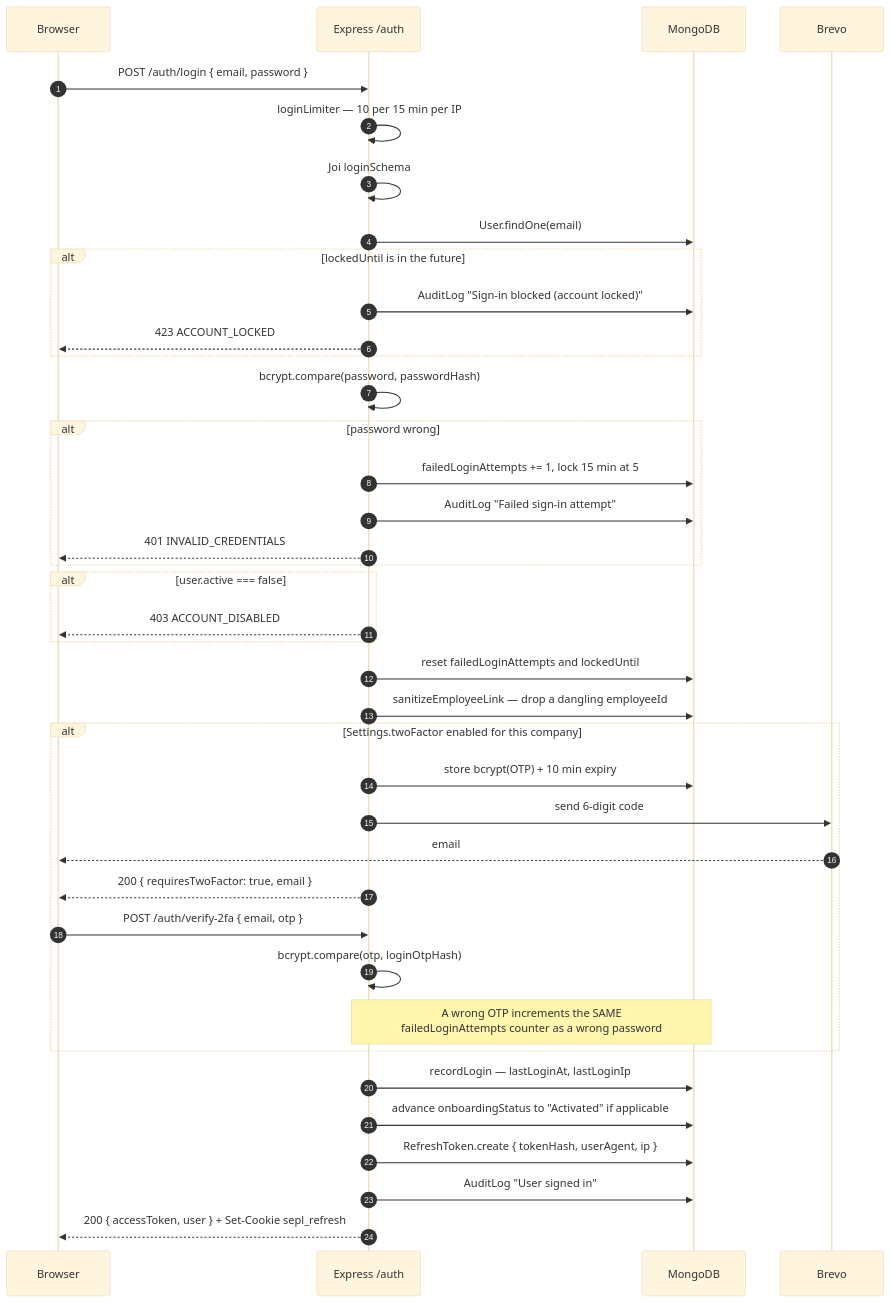
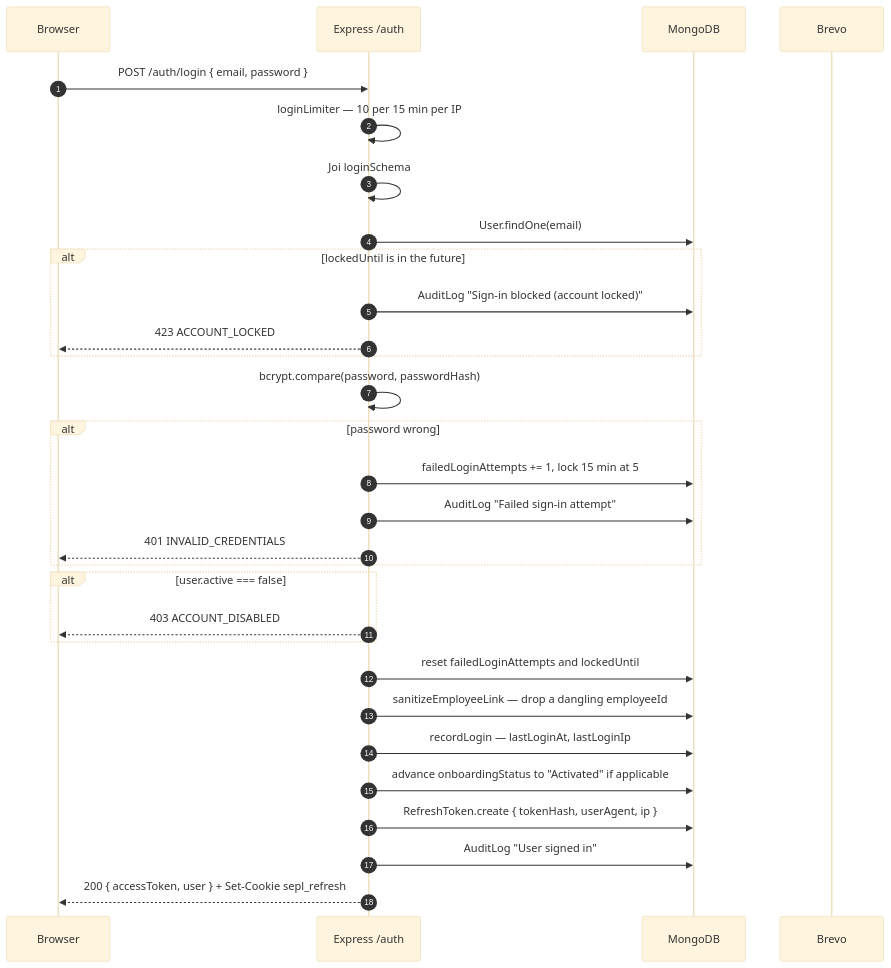
Before and after one commit to sepl65473-lang/Smaatech-HRMS: the fourth of 12 diagrams in README.md, drawn with Mermaid (base theme). The commit also changed other lines of this file and 3 other files, not shown here.

Commit message:
docs(auth): describe password-only sign-in now that login 2FA is gone

````diff
--- a/README.md
+++ b/README.md
@@ -513,49 +512,39 @@
 ```mermaid
 sequenceDiagram
     autonumber
     participant U as Browser
     participant S as Express /auth
     participant D as MongoDB
     participant BR as Brevo
 
     U->>S: POST /auth/login { email, password }
     S->>S: loginLimiter — 10 per 15 min per IP
     S->>S: Joi loginSchema
     S->>D: User.findOne(email)
 
     alt lockedUntil is in the future
         S->>D: AuditLog "Sign-in blocked (account locked)"
         S-->>U: 423 ACCOUNT_LOCKED
     end
 
     S->>S: bcrypt.compare(password, passwordHash)
 
     alt password wrong
         S->>D: failedLoginAttempts += 1, lock 15 min at 5
         S->>D: AuditLog "Failed sign-in attempt"
         S-->>U: 401 INVALID_CREDENTIALS
     end
 
     alt user.active === false
         S-->>U: 403 ACCOUNT_DISABLED
     end
 
     S->>D: reset failedLoginAttempts and lockedUntil
     S->>D: sanitizeEmployeeLink — drop a dangling employeeId
 
-    alt Settings.twoFactor enabled for this company
-        S->>D: store bcrypt(OTP) + 10 min expiry
-        S->>BR: send 6-digit code
-        BR-->>U: email
-        S-->>U: 200 { requiresTwoFactor: true, email }
-        U->>S: POST /auth/verify-2fa { email, otp }
-        S->>S: bcrypt.compare(otp, loginOtpHash)
-        Note over S,D: A wrong OTP increments the SAME<br/>failedLoginAttempts counter as a wrong password
-    end
-
     S->>D: recordLogin — lastLoginAt, lastLoginIp
     S->>D: advance onboardingStatus to "Activated" if applicable
     S->>D: RefreshToken.create { tokenHash, userAgent, ip }
     S->>D: AuditLog "User signed in"
     S-->>U: 200 { accessToken, user } + Set-Cookie sepl_refresh
 ```
````
